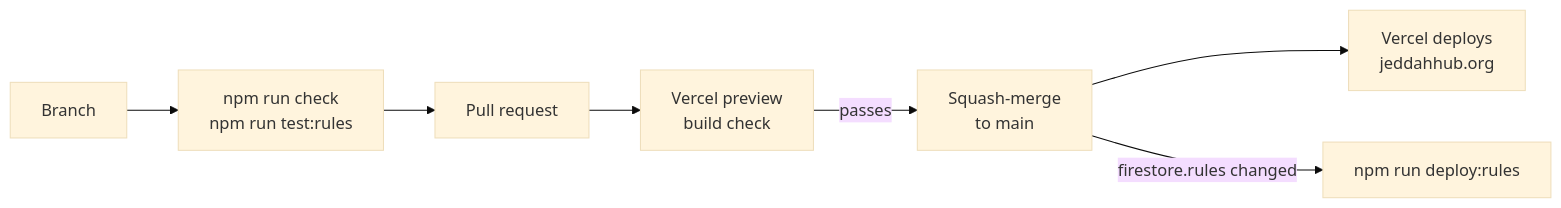
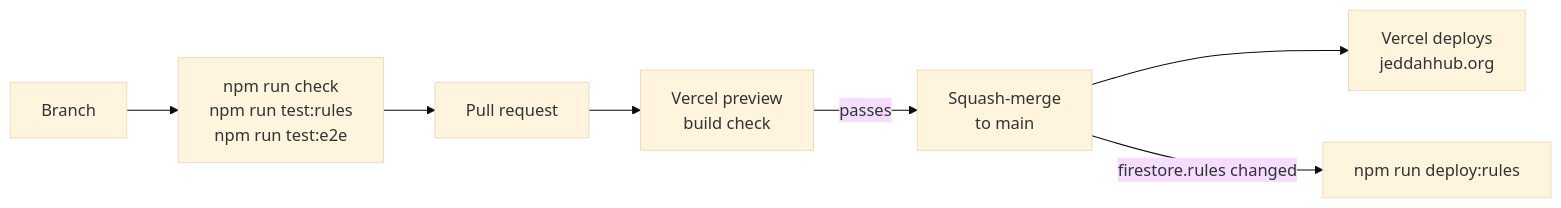
Diagram 12 of 12 in docs/HOW-IT-WORKS.md (The-Dark-Ranger/Jeddah-Hub), drawn with Mermaid (base theme) before and after one commit. The commit also changed other lines of this file and 68 other files, not shown here.

First line of the commit message:
Shaper activity proposals, news photos, Charter sign-off, fixes (#200)

````diff
--- a/docs/HOW-IT-WORKS.md
+++ b/docs/HOW-IT-WORKS.md
@@ -371,7 +392,7 @@
 ```mermaid
 flowchart LR
-    B[Branch] --> CHK[npm run check<br/>npm run test:rules] --> PR[Pull request]
+    B[Branch] --> CHK[npm run check<br/>npm run test:rules<br/>npm run test:e2e] --> PR[Pull request]
     PR --> VP[Vercel preview<br/>build check]
     VP -->|passes| M[Squash-merge<br/>to main] --> PROD[Vercel deploys<br/>jeddahhub.org]
     M -->|firestore.rules changed| DR[npm run deploy:rules]
 ```
````
